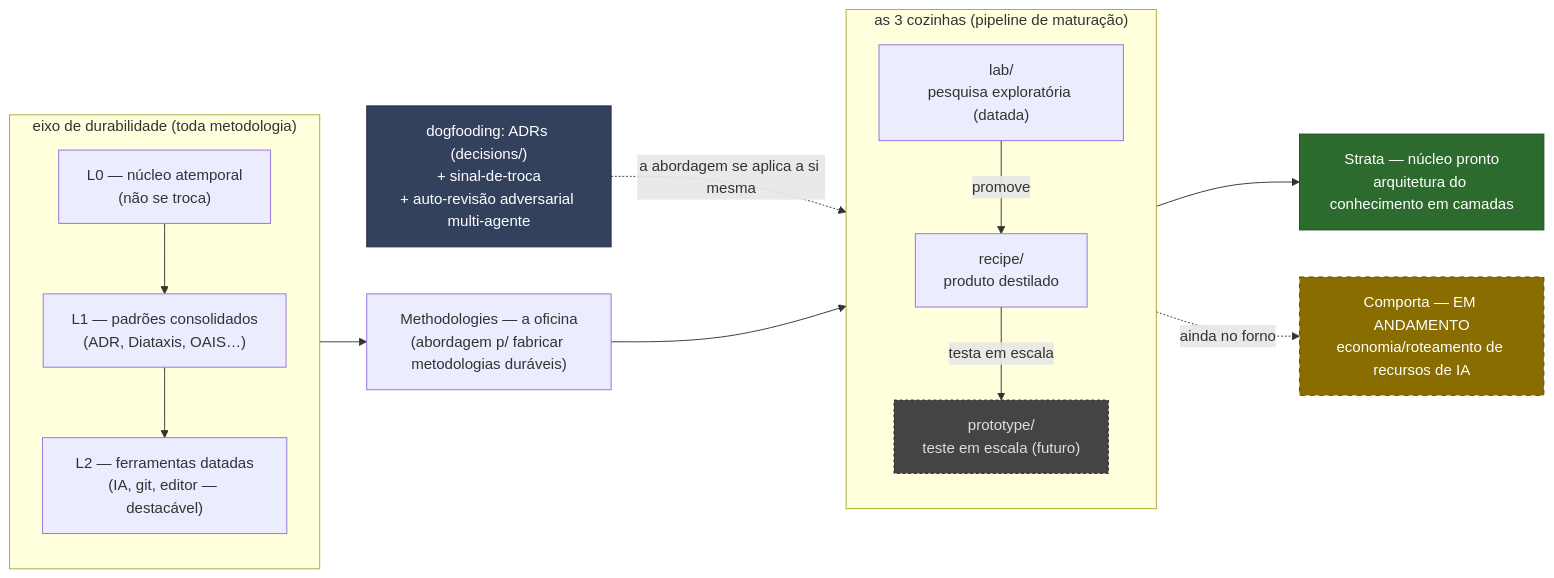
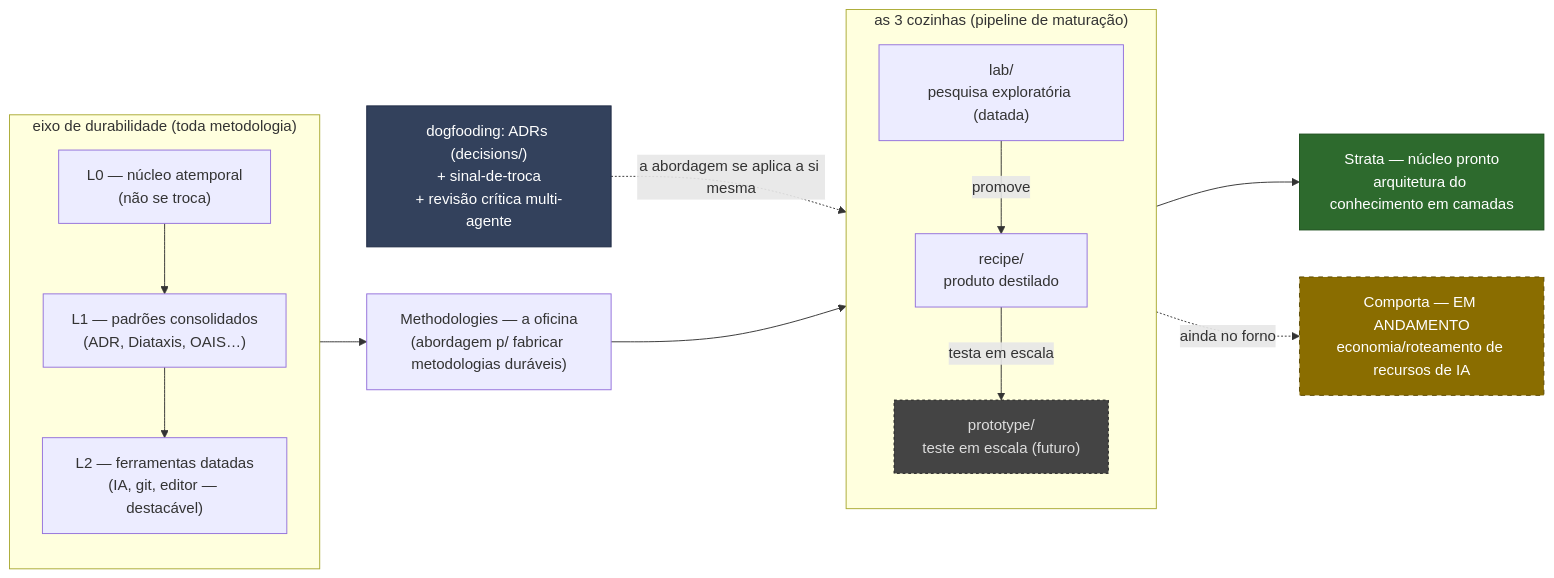
One commit to LeoPR/Methodologies changed the diagram in README.md. Above: the diagram before and after it, drawn with Mermaid. The commit also changed other lines of this file, not shown here.

````diff
--- a/README.md
+++ b/README.md
@@ -66,37 +68,37 @@
 ```mermaid
 flowchart LR
     subgraph CAMADAS["eixo de durabilidade (toda metodologia)"]
         direction TB
         L0["L0 — núcleo atemporal<br/>(não se troca)"]
         L1["L1 — padrões consolidados<br/>(ADR, Diataxis, OAIS…)"]
         L2["L2 — ferramentas datadas<br/>(IA, git, editor — destacável)"]
         L0 --> L1 --> L2
     end
 
-    DOG["dogfooding: ADRs (decisions/)<br/>+ sinal-de-troca<br/>+ auto-revisão adversarial multi-agente"]
+    DOG["dogfooding: ADRs (decisions/)<br/>+ sinal-de-troca<br/>+ revisão crítica multi-agente"]
     OFICINA["Methodologies — a oficina<br/>(abordagem p/ fabricar metodologias duráveis)"]
 
     subgraph COZINHAS["as 3 cozinhas (pipeline de maturação)"]
         direction TB
         LAB["lab/<br/>pesquisa exploratória (datada)"]
         REC["recipe/<br/>produto destilado"]
         PROTO["prototype/<br/>teste em escala (futuro)"]
         LAB -->|promove| REC -->|testa em escala| PROTO
     end
 
     CAMADAS --> OFICINA
     DOG -.->|a abordagem se aplica a si mesma| COZINHAS
     OFICINA --> COZINHAS
 
     REC --> STRATA["Strata — núcleo pronto<br/>arquitetura do conhecimento em camadas"]
     LAB -.->|ainda no forno| ECON["Comporta — EM ANDAMENTO<br/>economia/roteamento de recursos de IA"]
 
     classDef done fill:#2d6a2d,stroke:#1b4d1b,color:#fff;
     classDef wip fill:#8a6d00,stroke:#5c4900,color:#fff,stroke-dasharray:5 5;
     classDef future fill:#444,stroke:#222,color:#ddd,stroke-dasharray:3 3;
     classDef proof fill:#33415c,stroke:#1f2a44,color:#fff;
     class STRATA done;
     class ECON wip;
     class PROTO future;
     class DOG proof;
 ```
````
